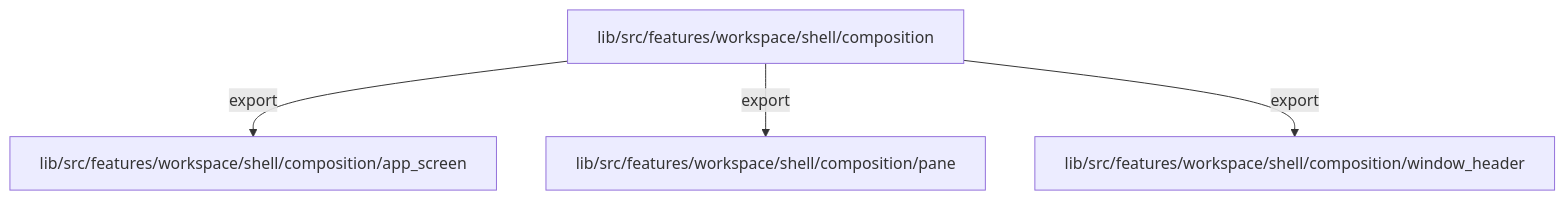
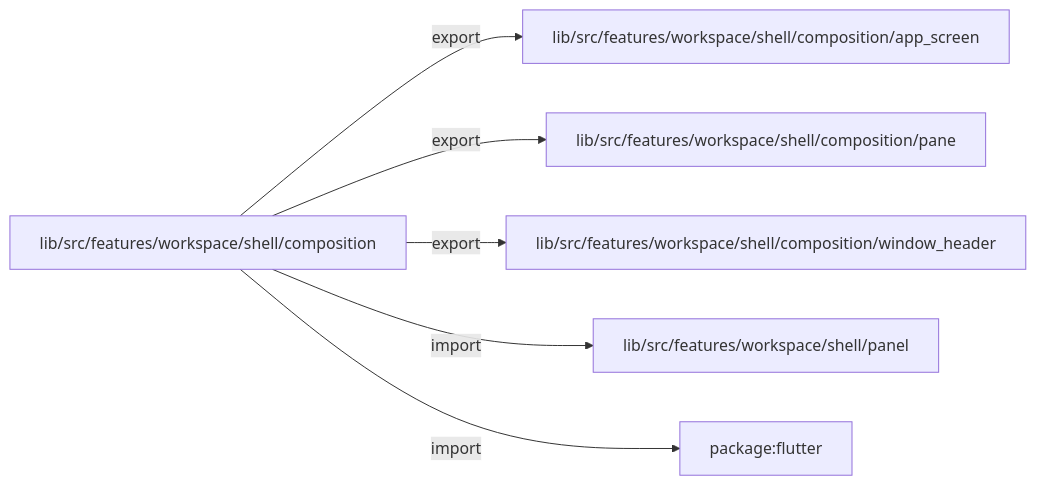
The first of 2 diagrams in docs/architecture/src/features/workspace/shell/composition/README.md (MiuDog/Kallopis), drawn with Mermaid before and after one commit. The commit also changed other lines of this file and 9688 other files, not shown here.

Commit message:
Prepare isolated Flow F2 peer baseline

````diff
--- a/docs/architecture/src/features/workspace/shell/composition/README.md
+++ b/docs/architecture/src/features/workspace/shell/composition/README.md
@@ -13,10 +13,14 @@
 ```mermaid
-flowchart TD
+flowchart LR
 	n0["lib/src/features/workspace/shell/composition"]
 	n1["lib/src/features/workspace/shell/composition/app_screen"]
 	n2["lib/src/features/workspace/shell/composition/pane"]
 	n3["lib/src/features/workspace/shell/composition/window_header"]
+	n4["lib/src/features/workspace/shell/panel"]
+	n5["package:flutter"]
 	n0 -->|"export"| n1
 	n0 -->|"export"| n2
 	n0 -->|"export"| n3
+	n0 -->|"import"| n4
+	n0 -->|"import"| n5
 ```
````
